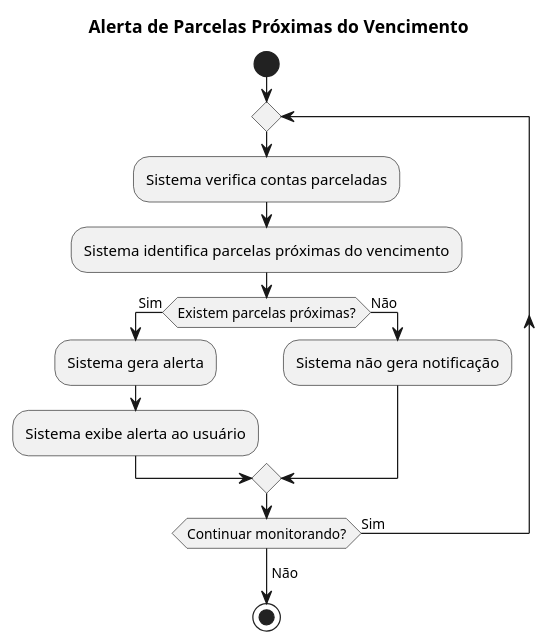
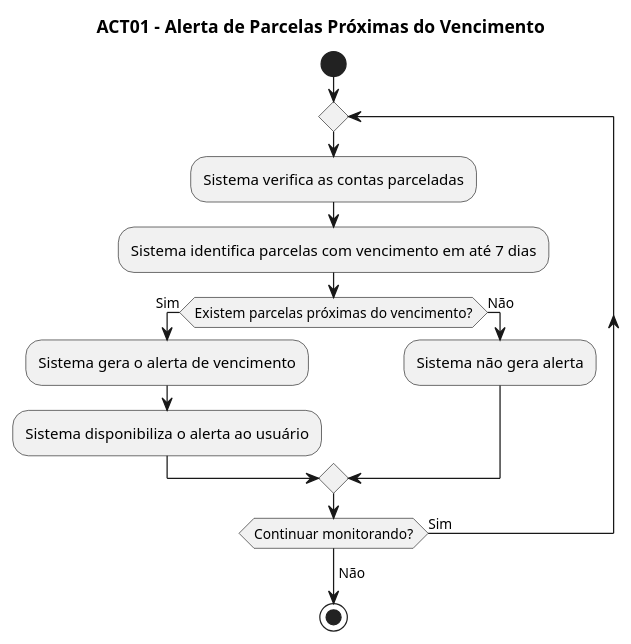
The diagram in docs/modelagem/atividades/alertas.puml (Nathan-Edu/Financa-Facil), drawn with PlantUML before and after one commit.

Commit message:
Update alert diagram for upcoming payment notifications

```diff
--- a/docs/modelagem/atividades/alertas.puml
+++ b/docs/modelagem/atividades/alertas.puml
@@ -1,21 +1,22 @@
 @startuml
-title Alerta de Parcelas Próximas do Vencimento
+title ACT01 - Alerta de Parcelas Próximas do Vencimento
 
 start
 
 repeat
-  :Sistema verifica contas parceladas;
-  :Sistema identifica parcelas próximas do vencimento;
+  :Sistema verifica as contas parceladas;
+  :Sistema identifica parcelas com vencimento em até 7 dias;
 
-  if (Existem parcelas próximas?) then (Sim)
-    :Sistema gera alerta;
-    :Sistema exibe alerta ao usuário;
+  if (Existem parcelas próximas do vencimento?) then (Sim)
+    :Sistema gera o alerta de vencimento;
+    :Sistema disponibiliza o alerta ao usuário;
   else (Não)
-    :Sistema não gera notificação;
+    :Sistema não gera alerta;
   endif
 
 repeat while (Continuar monitorando?) is (Sim)
 -> Não;
 
 stop
+
 @enduml
```
